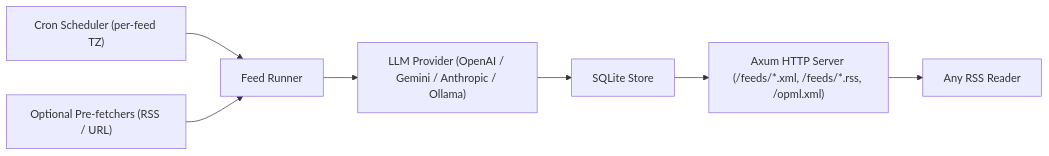
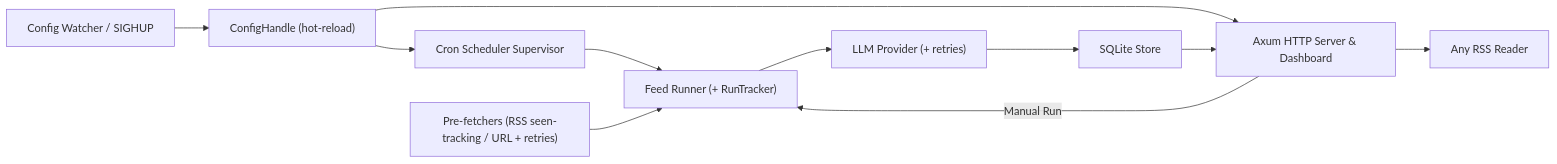
Before and after one commit to 14113p/llm-to-rss: the diagram in README.md, drawn with Mermaid. The commit also changed other lines of this file and 2 other files, not shown here.

Commit message:
docs: document YAML schema and new features

````diff
--- a/README.md
+++ b/README.md
@@ -24,9 +27,13 @@
 ```mermaid
 flowchart LR
-    Cron["Cron Scheduler (per-feed TZ)"] --> Runner["Feed Runner"]
-    Sources["Optional Pre-fetchers (RSS / URL)"] --> Runner
-    Runner --> LLM["LLM Provider (OpenAI / Gemini / Anthropic / Ollama)"]
+    Watcher["Config Watcher / SIGHUP"] --> Config["ConfigHandle (hot-reload)"]
+    Config --> Cron["Cron Scheduler Supervisor"]
+    Config --> Server["Axum HTTP Server & Dashboard"]
+    Cron --> Runner["Feed Runner (+ RunTracker)"]
+    Server -- "Manual Run" --> Runner
+    Sources["Pre-fetchers (RSS seen-tracking / URL + retries)"] --> Runner
+    Runner --> LLM["LLM Provider (+ retries)"]
     LLM --> Store["SQLite Store"]
-    Store --> Server["Axum HTTP Server (/feeds/*.xml, /feeds/*.rss, /opml.xml)"]
+    Store --> Server
     Server --> Reader["Any RSS Reader"]
 ```
````
